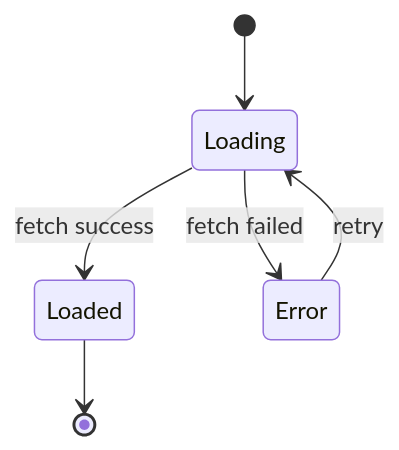
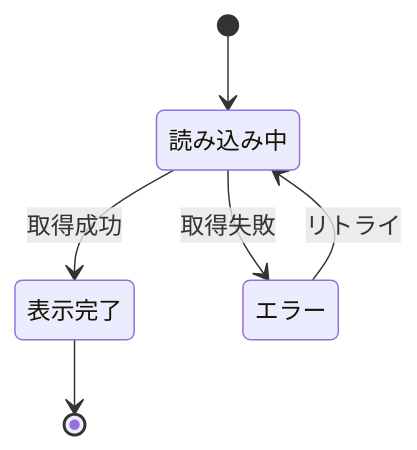
One commit to DIO0550/d-market changed the diagram in plugins/spec-plugin/skills/feature-spec/assets/templates/page.md. Above: the diagram before and after it, drawn with Mermaid. The commit also changed other lines of this file and 16 other files, not shown here.

````diff
--- a/plugins/spec-plugin/skills/feature-spec/assets/templates/page.md
+++ b/plugins/spec-plugin/skills/feature-spec/assets/templates/page.md
@@ -43,8 +43,8 @@
 ```mermaid
 stateDiagram-v2
-    [*] --> Loading
-    Loading --> Loaded: fetch success
-    Loading --> Error: fetch failed
-    Error --> Loading: retry
-    Loaded --> [*]
+    [*] --> 読み込み中
+    読み込み中 --> 表示完了: 取得成功
+    読み込み中 --> エラー: 取得失敗
+    エラー --> 読み込み中: リトライ
+    表示完了 --> [*]
 ```
````
